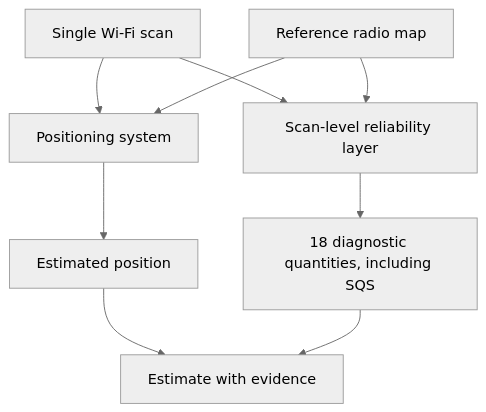
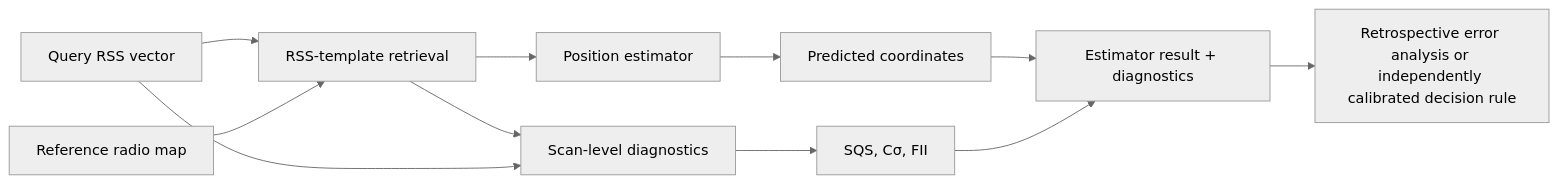
Before and after one commit to AhmedMansoour/wifi-fingerprinting-scan-level-reliability: the diagram in docs/learn/overview.md, drawn with Mermaid (neutral theme). The commit also changed other lines of this file and 19 other files, not shown here.

````diff
--- a/docs/learn/overview.md
+++ b/docs/learn/overview.md
@@ -22,11 +9,13 @@
 ```mermaid
-flowchart TB
-    S[Single Wi-Fi scan] --> P[Positioning system]
-    S --> R[Scan-level reliability layer]
-    M[Reference radio map] --> P
-    M --> R
-    P --> O[Estimated position]
-    R --> Q[18 diagnostic quantities, including SQS]
-    O --> I[Estimate with evidence]
-    Q --> I
+flowchart LR
+  Q[Query RSS vector] --> R[RSS-template retrieval]
+  M[Reference radio map] --> R
+  R --> E[Position estimator]
+  R --> I[Scan-level diagnostics]
+  Q --> I
+  I --> C[SQS, Cσ, FII]
+  E --> P[Predicted coordinates]
+  P --> O[Estimator result + diagnostics]
+  C --> O
+  O --> V[Retrospective error analysis or independently calibrated decision rule]
 ```
````
